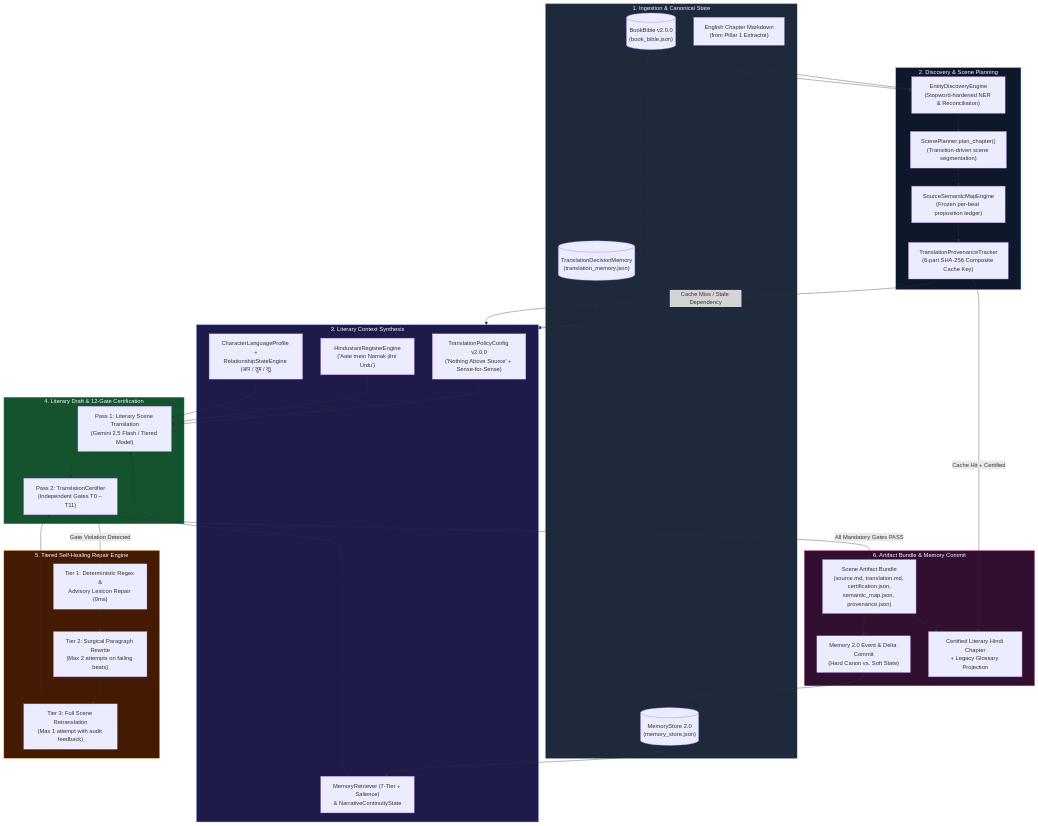
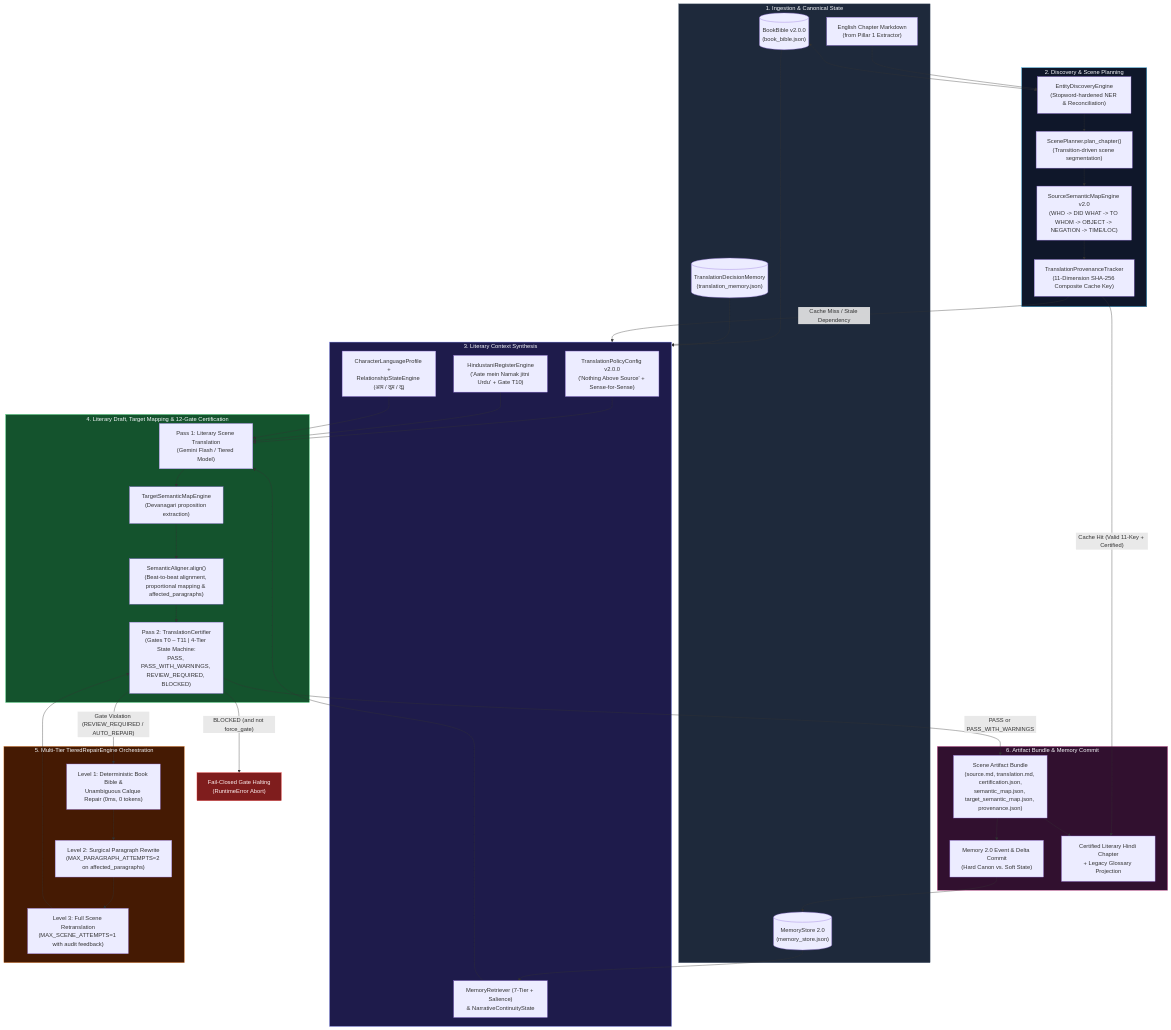
The first of 7 diagrams in docs/LITERARY_TRANSLATION_INTELLIGENCE.md (naksh-07/audiobook-maker), drawn with Mermaid before and after one commit. The commit also changed other lines of this file and 37 other files, not shown here.

````diff
--- a/docs/LITERARY_TRANSLATION_INTELLIGENCE.md
+++ b/docs/LITERARY_TRANSLATION_INTELLIGENCE.md
@@ -34,69 +35,75 @@
 ```mermaid
 flowchart TD
     subgraph Input ["1. Ingestion & Canonical State"]
         SRC["English Chapter Markdown<br/>(from Pillar 1 Extractor)"]
         BB[("BookBible v2.0.0<br/>(book_bible.json)")]
         MEM[("MemoryStore 2.0<br/>(memory_store.json)")]
         TDM[("TranslationDecisionMemory<br/>(translation_memory.json)")]
     end
 
     subgraph PreFlight ["2. Discovery & Scene Planning"]
         ED["EntityDiscoveryEngine<br/>(Stopword-hardened NER & Reconciliation)"]
         SP["ScenePlanner.plan_chapter()<br/>(Transition-driven scene segmentation)"]
-        SSM["SourceSemanticMapEngine<br/>(Frozen per-beat proposition ledger)"]
-        PROV["TranslationProvenanceTracker<br/>(6-part SHA-256 Composite Cache Key)"]
+        SSM["SourceSemanticMapEngine v2.0<br/>(WHO -> DID WHAT -> TO WHOM -> OBJECT -> NEGATION -> TIME/LOC)"]
+        PROV["TranslationProvenanceTracker<br/>(11-Dimension SHA-256 Composite Cache Key)"]
     end
 
     subgraph ContextAssembly ["3. Literary Context Synthesis"]
         POL["TranslationPolicyConfig v2.0.0<br/>('Nothing Above Source' + Sense-for-Sense)"]
-        HRE["HindustaniRegisterEngine<br/>('Aate mein Namak jitni Urdu')"]
+        HRE["HindustaniRegisterEngine<br/>('Aate mein Namak jitni Urdu' + Gate T10)"]
         CLP["CharacterLanguageProfile +<br/>RelationshipStateEngine (आप / तुम / तू)"]
         MR["MemoryRetriever (7-Tier + Salience)<br/>& NarrativeContinuityState"]
     end
 
-    subgraph DraftAndCertify ["4. Literary Draft & 12-Gate Certification"]
-        DRAFT["Pass 1: Literary Scene Translation<br/>(Gemini 2.5 Flash / Tiered Model)"]
-        CERT["Pass 2: TranslationCertifier<br/>(Independent Gates T0 – T11)"]
+    subgraph DraftAndCertify ["4. Literary Draft, Target Mapping & 12-Gate Certification"]
+        DRAFT["Pass 1: Literary Scene Translation<br/>(Gemini Flash / Tiered Model)"]
+        TSM["TargetSemanticMapEngine<br/>(Devanagari proposition extraction)"]
+        ALIGN["SemanticAligner.align()<br/>(Beat-to-beat alignment, proportional mapping & affected_paragraphs)"]
+        CERT["Pass 2: TranslationCertifier<br/>(Gates T0 – T11 | 4-Tier State Machine:<br/>PASS, PASS_WITH_WARNINGS, REVIEW_REQUIRED, BLOCKED)"]
     end
 
-    subgraph SelfHealing ["5. Tiered Self-Healing Repair Engine"]
-        L1["Tier 1: Deterministic Regex &<br/>Advisory Lexicon Repair (0ms)"]
-        L2["Tier 2: Surgical Paragraph Rewrite<br/>(Max 2 attempts on failing beats)"]
-        L3["Tier 3: Full Scene Retranslation<br/>(Max 1 attempt with audit feedback)"]
+    subgraph SelfHealing ["5. Multi-Tier TieredRepairEngine Orchestration"]
+        L1["Level 1: Deterministic Book Bible &<br/>Unambiguous Calque Repair (0ms, 0 tokens)"]
+        L2["Level 2: Surgical Paragraph Rewrite<br/>(MAX_PARAGRAPH_ATTEMPTS=2 on affected_paragraphs)"]
+        L3["Level 3: Full Scene Retranslation<br/>(MAX_SCENE_ATTEMPTS=1 with audit feedback)"]
     end
 
     subgraph Persistence ["6. Artifact Bundle & Memory Commit"]
-        BUND["Scene Artifact Bundle<br/>(source.md, translation.md, certification.json,<br/>semantic_map.json, provenance.json)"]
+        BUND["Scene Artifact Bundle<br/>(source.md, translation.md, certification.json,<br/>semantic_map.json, target_semantic_map.json, provenance.json)"]
         MUPD["Memory 2.0 Event & Delta Commit<br/>(Hard Canon vs. Soft State)"]
         OUT["Certified Literary Hindi Chapter<br/>+ Legacy Glossary Projection"]
     end
 
     SRC --> ED
     BB <--> ED
     ED --> SP
     SP --> SSM
     SSM --> PROV
-    PROV -- "Cache Hit + Certified" --> OUT
+    PROV -- "Cache Hit (Valid 11-Key + Certified)" --> OUT
     PROV -- "Cache Miss / Stale Dependency" --> ContextAssembly
 
     BB --> ContextAssembly
     MEM --> MR
     TDM --> ContextAssembly
     POL & HRE & CLP & MR --> DRAFT
-    DRAFT --> CERT
+    DRAFT --> TSM
+    TSM --> ALIGN
+    ALIGN --> CERT
 
-    CERT -- "All Mandatory Gates PASS" --> BUND
-    CERT -- "Gate Violation Detected" --> L1
+    CERT -- "PASS or PASS_WITH_WARNINGS" --> BUND
+    CERT -- "Gate Violation (REVIEW_REQUIRED / AUTO_REPAIR)" --> L1
     L1 --> L2 --> L3 --> CERT
+    CERT -- "BLOCKED (and not force_gate)" --> HALT["Fail-Closed Gate Halting<br/>(RuntimeError Abort)"]
 
     BUND --> MUPD
     MUPD --> MEM
     BUND --> OUT
 
     style Input fill:#1e293b,stroke:#475569,color:#f8fafc
     style PreFlight fill:#0f172a,stroke:#38bdf8,color:#f8fafc
     style ContextAssembly fill:#1e1b4b,stroke:#818cf8,color:#f8fafc
     style DraftAndCertify fill:#14532d,stroke:#4ade80,color:#f8fafc
     style SelfHealing fill:#451a03,stroke:#fb923c,color:#f8fafc
     style Persistence fill:#31102f,stroke:#f472b6,color:#f8fafc
+    style HALT fill:#7f1d1d,stroke:#ef4444,color:#fef2f2
 ```
````
